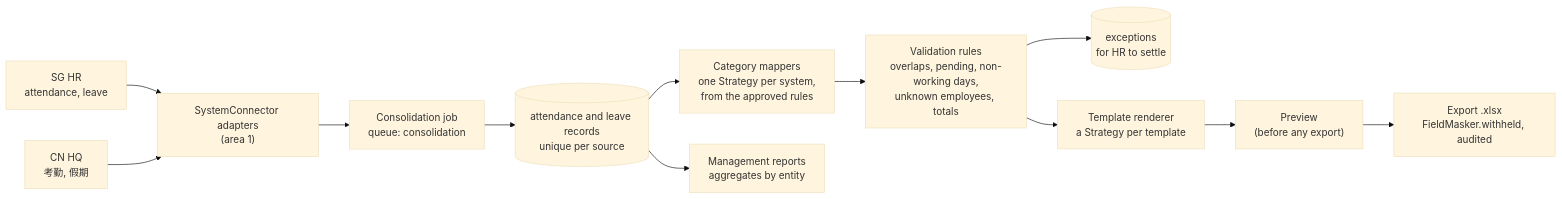
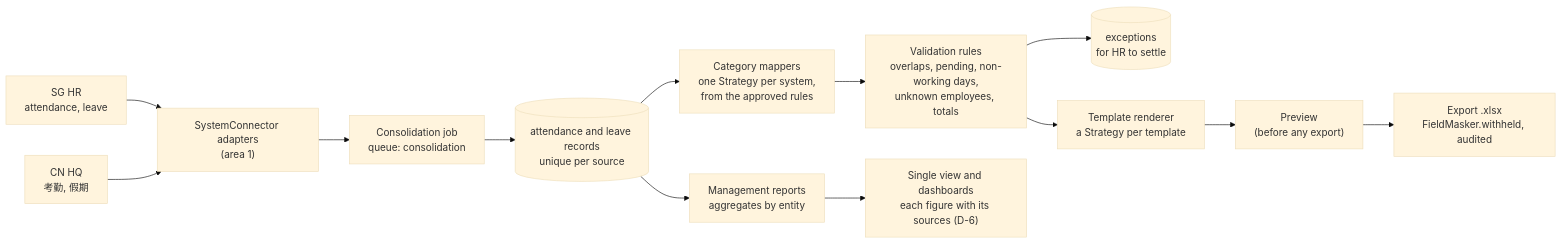
Before and after one commit to xiu2809xiu-rgb/sccci-innovation-project: the first of 2 diagrams in docs/team/area-3-attendance-leave-reporting.md, drawn with Mermaid (base theme). The commit also changed other lines of this file and 13 other files, not shown here.

````diff
--- a/docs/team/area-3-attendance-leave-reporting.md
+++ b/docs/team/area-3-attendance-leave-reporting.md
@@ -36,14 +38,15 @@
 ```mermaid
 flowchart LR
   SG["SG HR<br/>attendance, leave"] --> ADP["SystemConnector adapters<br/>(area 1)"]
   CN["CN HQ<br/>考勤, 假期"] --> ADP
   ADP --> RUN["Consolidation job<br/>queue: consolidation"]
   RUN --> STORE[("attendance and leave records<br/>unique per source")]
   STORE --> MAP["Category mappers<br/>one Strategy per system,<br/>from the approved rules"]
   MAP --> VAL["Validation rules<br/>overlaps, pending, non-working days,<br/>unknown employees, totals"]
   VAL --> EXC[("exceptions<br/>for HR to settle")]
   VAL --> REND["Template renderer<br/>a Strategy per template"]
   REND --> PREVIEW["Preview<br/>(before any export)"]
   PREVIEW --> XLSX["Export .xlsx<br/>FieldMasker.withheld, audited"]
   STORE --> MGMT["Management reports<br/>aggregates by entity"]
+  MGMT --> VIEW["Single view and dashboards<br/>each figure with its sources (D-6)"]
 ```
````
